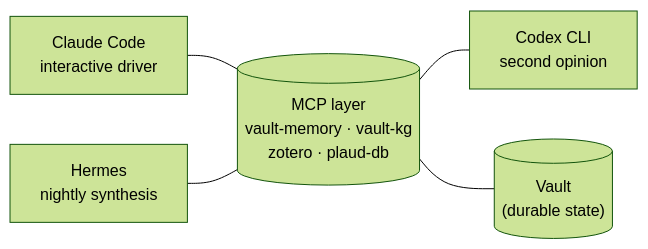
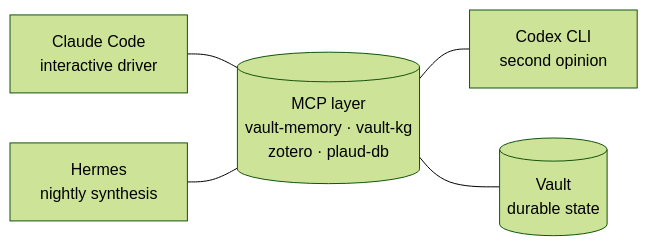
The second of 2 diagrams in README.md (yetiswang/mybrain-os), drawn with Mermaid (forest theme) before and after one commit. The commit also changed other lines of this file, not shown here.

Commit message:
mermaid: remove parens inside cylinder labels (parser conflict)

````diff
--- a/README.md
+++ b/README.md
@@ -106,12 +106,12 @@
 ```mermaid
 flowchart LR
     A1[Claude Code<br/>interactive driver]
     A2[Codex CLI<br/>second opinion]
     A3[Hermes<br/>nightly synthesis]
     M[("MCP layer<br/>vault-memory · vault-kg<br/>zotero · plaud-db")]
-    V[("Vault<br/>(durable state)")]
+    V[("Vault<br/>durable state")]
 
     A1 --- M --- A2
     A3 --- M
     M --- V
 ```
````
